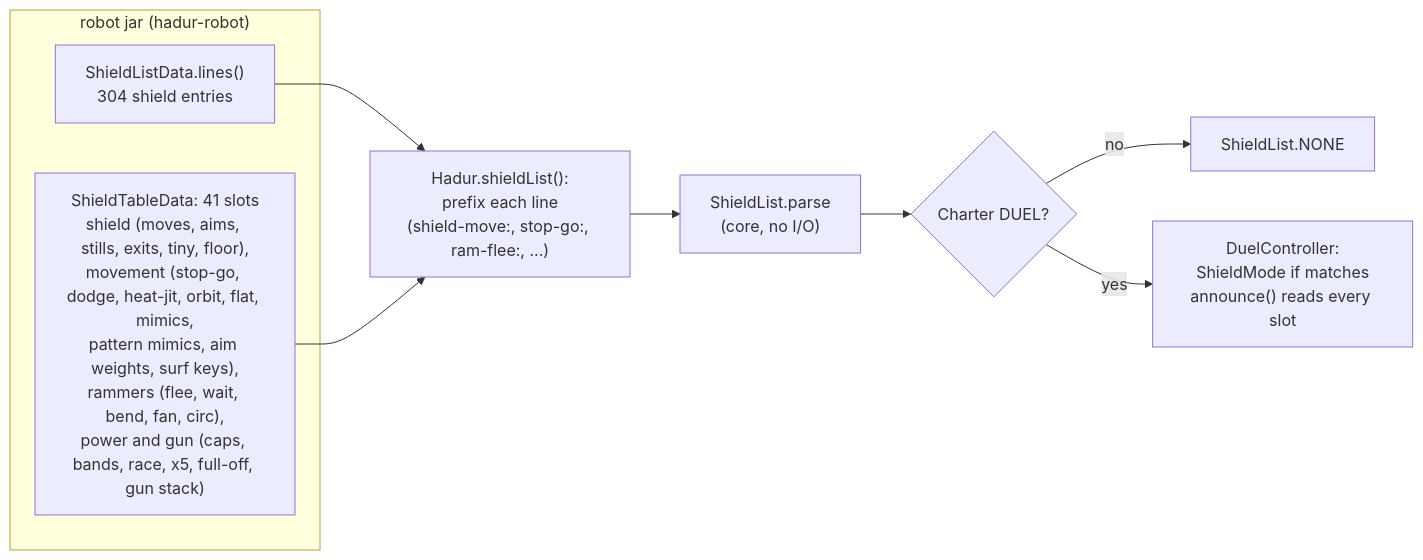
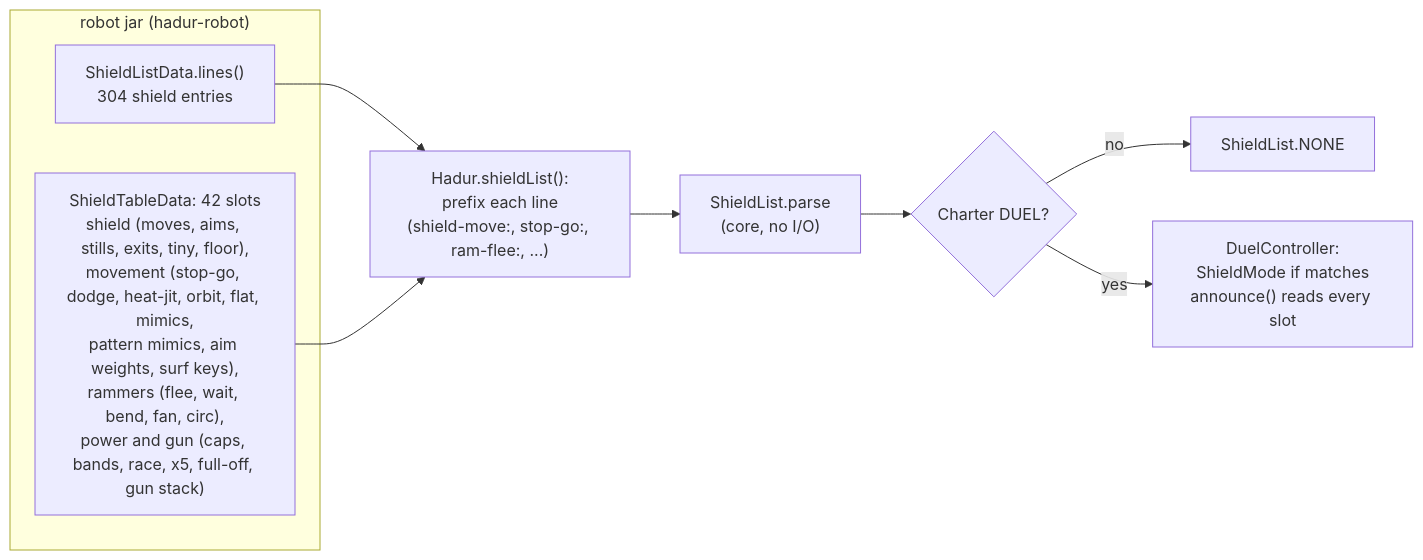
Diagram 17 of 25 in docs/architecture-c4.md (lgriffin/Hadur_Robot), drawn with Mermaid before and after one commit. The commit also changed other lines of this file and 3 other files, not shown here.

````diff
--- a/docs/architecture-c4.md
+++ b/docs/architecture-c4.md
@@ -723,13 +723,13 @@
 ```mermaid
 flowchart LR
   subgraph jar["robot jar (hadur-robot)"]
     SL["ShieldListData.lines()<br/>304 shield entries"]
-    ST["ShieldTableData: 41 slots<br/>shield (moves, aims, stills, exits, tiny, floor),<br/>movement (stop-go, dodge, heat-jit, orbit, flat, mimics,<br/>pattern mimics, aim weights, surf keys),<br/>rammers (flee, wait, bend, fan, circ),<br/>power and gun (caps, bands, race, x5, full-off, gun stack)"]
+    ST["ShieldTableData: 42 slots<br/>shield (moves, aims, stills, exits, tiny, floor),<br/>movement (stop-go, dodge, heat-jit, orbit, flat, mimics,<br/>pattern mimics, aim weights, surf keys),<br/>rammers (flee, wait, bend, fan, circ),<br/>power and gun (caps, bands, race, x5, full-off, gun stack)"]
   end
   SL --> P["Hadur.shieldList():<br/>prefix each line<br/>(shield-move:, stop-go:, ram-flee:, ...)"]
   ST --> P
   P --> Q["ShieldList.parse<br/>(core, no I/O)"]
   Q --> C{"Charter DUEL?"}
   C -- no --> N["ShieldList.NONE"]
   C -- yes --> D["DuelController:<br/>ShieldMode if matches<br/>announce() reads every slot"]
 ```
````
